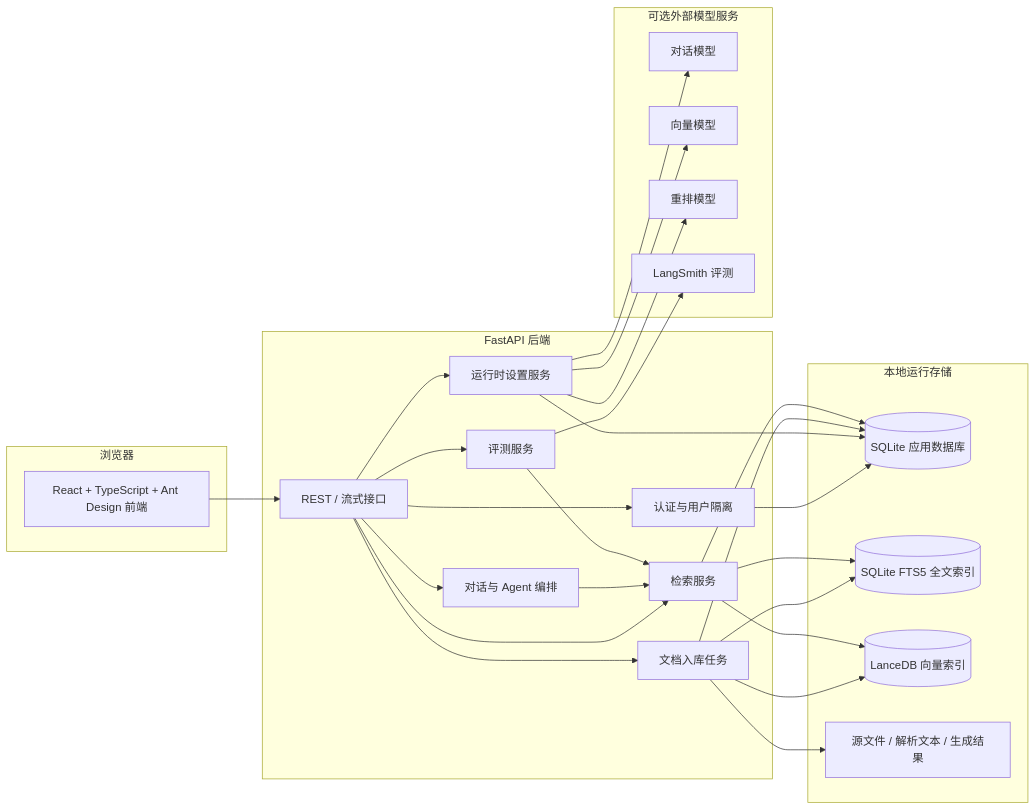
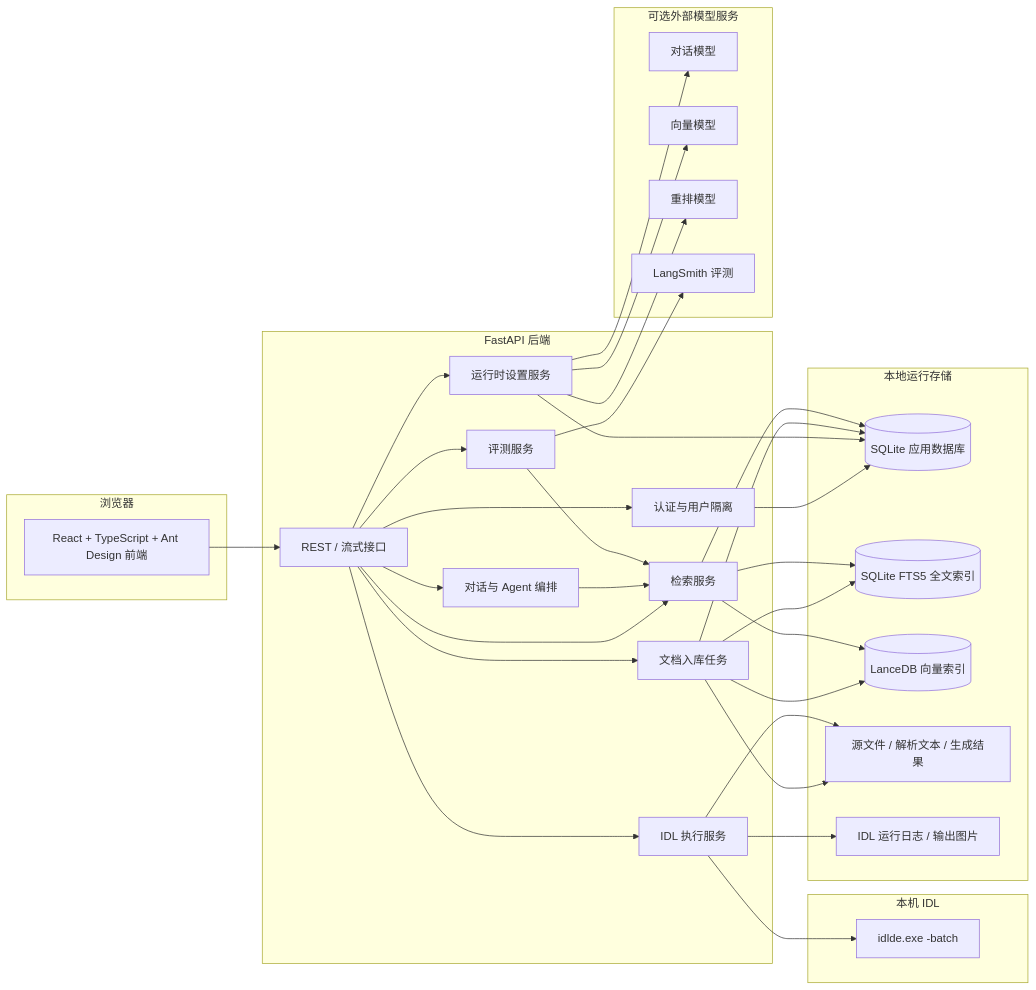
Before and after one commit to GeoSyntax/idl-rag: the first of 4 diagrams in docs/project-showcase.md, drawn with Mermaid. The commit also changed other lines of this file and 23 other files, not shown here.

First line of the commit message:
Add local IDL agent execution

````diff
--- a/docs/project-showcase.md
+++ b/docs/project-showcase.md
@@ -15,53 +15,63 @@
 ```mermaid
 flowchart LR
   subgraph Browser[浏览器]
     UI[React + TypeScript + Ant Design 前端]
   end
 
   subgraph Backend[FastAPI 后端]
     API[REST / 流式接口]
     Auth[认证与用户隔离]
     Ingest[文档入库任务]
     Retrieval[检索服务]
     Agent[对话与 Agent 编排]
+    IDLRun[IDL 执行服务]
     Eval[评测服务]
     Settings[运行时设置服务]
   end
 
   subgraph Storage[本地运行存储]
     DB[(SQLite 应用数据库)]
     FTS[(SQLite FTS5 全文索引)]
     Vector[(LanceDB 向量索引)]
     Files[源文件 / 解析文本 / 生成结果]
+    IDLOutputs[IDL 运行日志 / 输出图片]
+  end
+
+  subgraph LocalIDL[本机 IDL]
+    IDLBatch[idlde.exe -batch]
   end
 
   subgraph Providers[可选外部模型服务]
     LLM[对话模型]
     Embedding[向量模型]
     Rerank[重排模型]
     LangSmith[LangSmith 评测]
   end
 
   UI --> API
   API --> Auth
   API --> Ingest
   API --> Retrieval
   API --> Agent
+  API --> IDLRun
   API --> Eval
   API --> Settings
   Auth --> DB
   Settings --> DB
   Ingest --> DB
   Ingest --> FTS
   Ingest --> Vector
   Ingest --> Files
   Retrieval --> DB
   Retrieval --> FTS
   Retrieval --> Vector
   Agent --> Retrieval
+  IDLRun --> Files
+  IDLRun --> IDLOutputs
+  IDLRun --> IDLBatch
   Eval --> Retrieval
   Settings --> LLM
   Settings --> Embedding
   Settings --> Rerank
   Eval --> LangSmith
 ```
````
